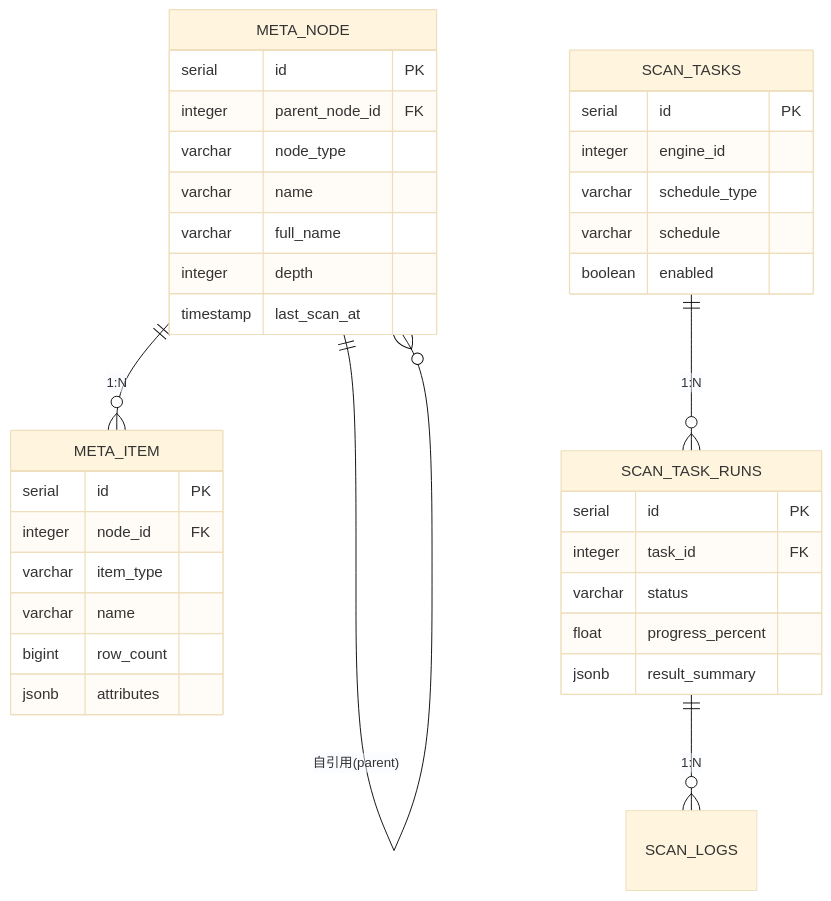
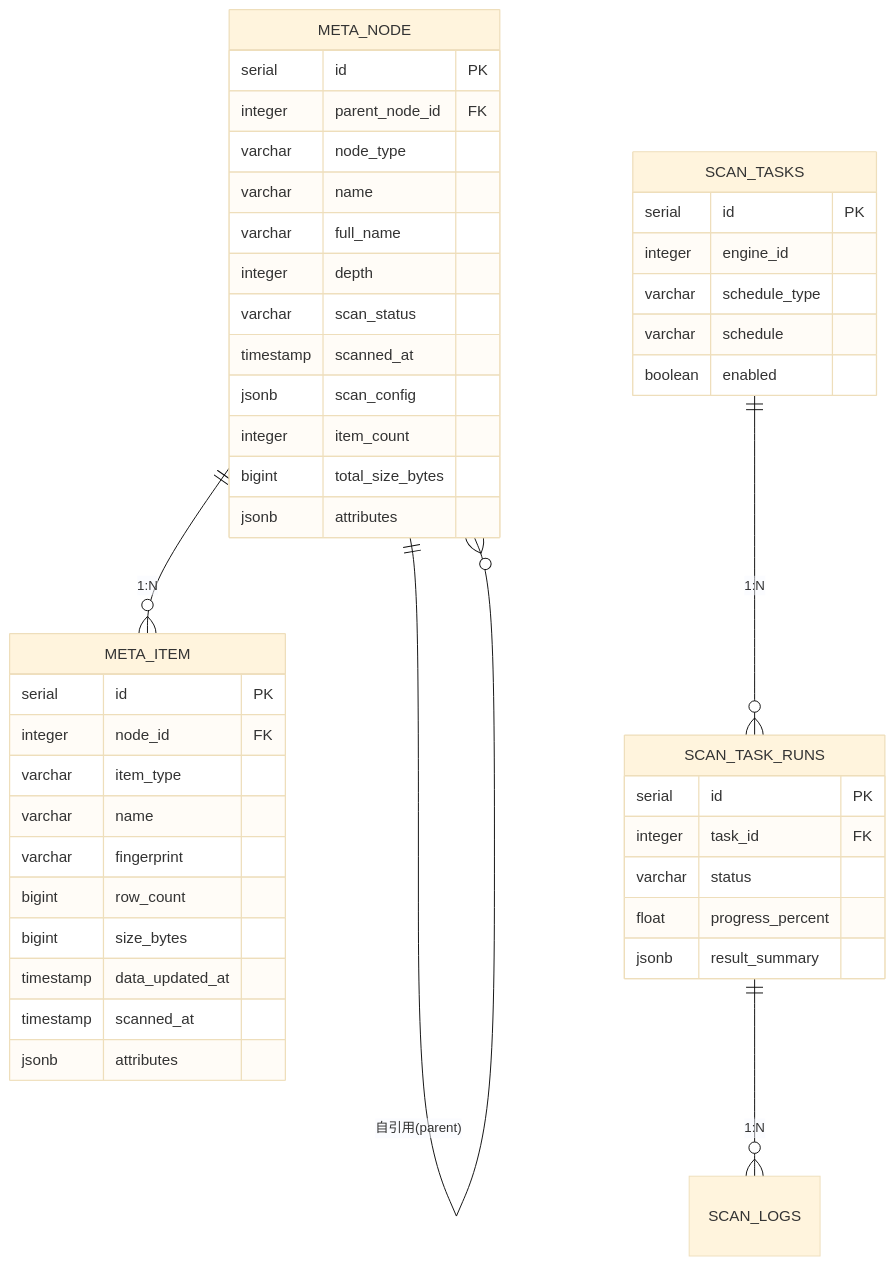
One commit to pampa0629/addp changed the diagram in meta/docs/数据库架构.md. Above: the diagram before and after it, drawn with Mermaid (base theme). The commit also changed other lines of this file and 55 other files, not shown here.

````diff
--- a/meta/docs/数据库架构.md
+++ b/meta/docs/数据库架构.md
@@ -32,42 +32,51 @@
 ```mermaid
 erDiagram
     META_NODE ||--o{ META_NODE : "自引用(parent)"
     META_NODE ||--o{ META_ITEM : "1:N"
     SCAN_TASKS ||--o{ SCAN_TASK_RUNS : "1:N"
     SCAN_TASK_RUNS ||--o{ SCAN_LOGS : "1:N"
-    
+
     META_NODE {
         serial id PK
         integer parent_node_id FK
         varchar node_type
         varchar name
         varchar full_name
         integer depth
-        timestamp last_scan_at
+        varchar scan_status
+        timestamp scanned_at
+        jsonb scan_config
+        integer item_count
+        bigint total_size_bytes
+        jsonb attributes
     }
-    
+
     META_ITEM {
         serial id PK
         integer node_id FK
         varchar item_type
         varchar name
+        varchar fingerprint
         bigint row_count
+        bigint size_bytes
+        timestamp data_updated_at
+        timestamp scanned_at
         jsonb attributes
     }
-    
+
     SCAN_TASKS {
         serial id PK
         integer engine_id
         varchar schedule_type
         varchar schedule
         boolean enabled
     }
-    
+
     SCAN_TASK_RUNS {
         serial id PK
         integer task_id FK
         varchar status
         float progress_percent
         jsonb result_summary
     }
 ```
````
